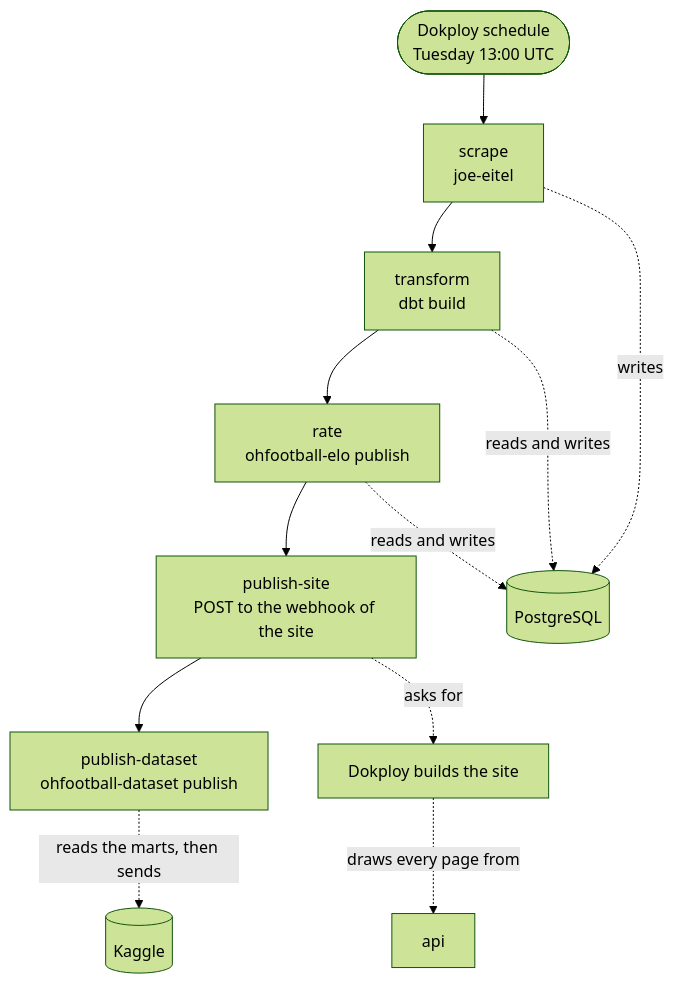
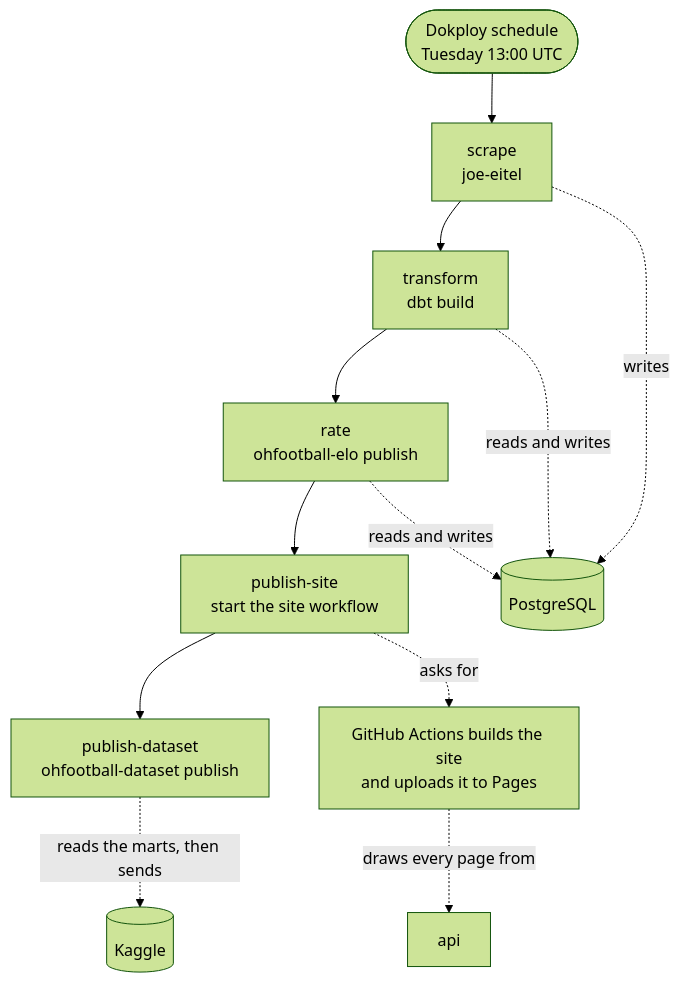
One commit to StephenODea54/ohfootball.io changed the third of 4 diagrams in docs/architecture.md. Above: the diagram before and after it, drawn with Mermaid (forest theme). The commit also changed other lines of this file and 7 other files, not shown here.

````diff
--- a/docs/architecture.md
+++ b/docs/architecture.md
@@ -154,20 +154,20 @@
 ```mermaid
 flowchart TD
     cron(["Dokploy schedule<br/>Tuesday 13:00 UTC"]) --> scrape
 
     scrape["scrape<br/>joe-eitel"] --> transform["transform<br/>dbt build"]
     transform --> rate["rate<br/>ohfootball-elo publish"]
-    rate --> site["publish-site<br/>POST to the webhook of the site"]
+    rate --> site["publish-site<br/>start the site workflow"]
     site --> dataset["publish-dataset<br/>ohfootball-dataset publish"]
 
     warehouse[("PostgreSQL")]
-    build["Dokploy builds the site"]
+    build["GitHub Actions builds the site<br/>and uploads it to Pages"]
     kaggle[("Kaggle")]
 
     scrape -. writes .-> warehouse
     transform -. reads and writes .-> warehouse
     rate -. reads and writes .-> warehouse
     site -. asks for .-> build
     build -. draws every page from .-> api["api"]
     dataset -. reads the marts, then sends .-> kaggle
 ```
````
